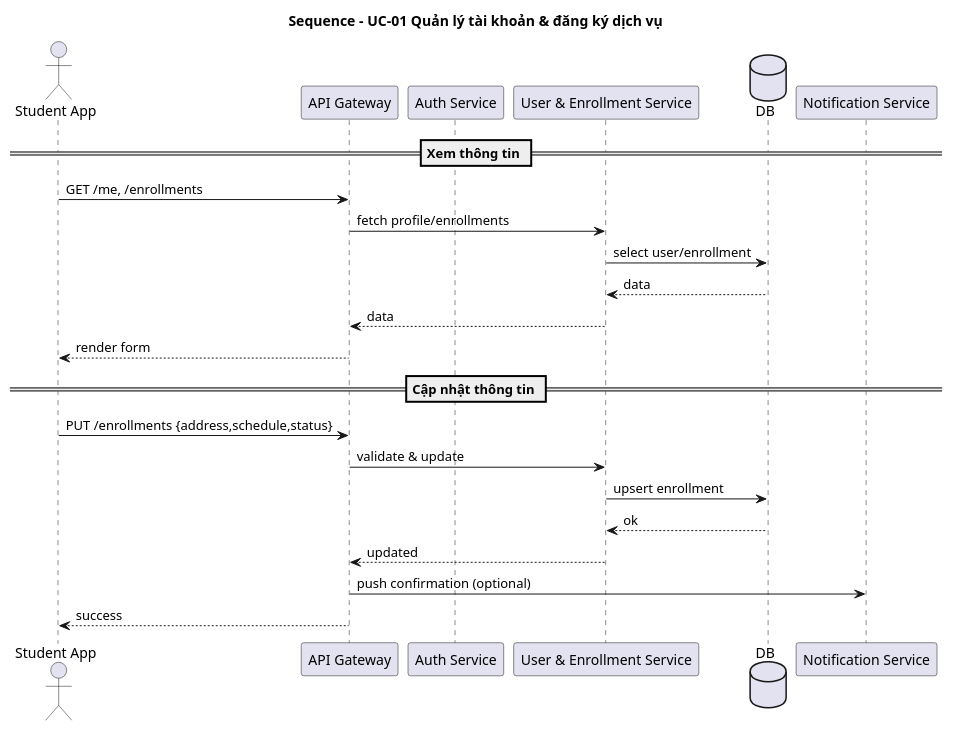
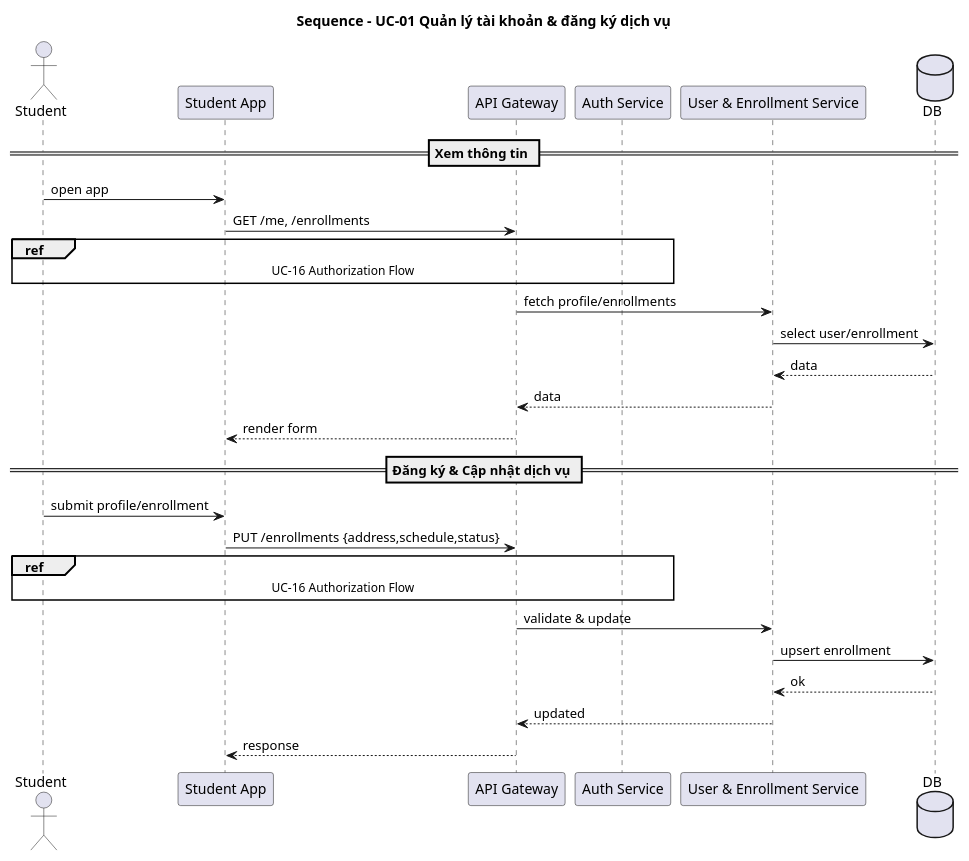
The diagram in docs/uml/sequence/sequence_uc01_account_and_enrollment.puml (phuongbv00/hust-bus-stop), drawn with PlantUML before and after one commit. The commit also changed 26 other files, not shown here.

Commit message:
docs: update diagrams

```diff
--- a/docs/uml/sequence/sequence_uc01_account_and_enrollment.puml
+++ b/docs/uml/sequence/sequence_uc01_account_and_enrollment.puml
@@ -1,25 +1,33 @@
 @startuml
 title Sequence - UC-01 Quản lý tài khoản & đăng ký dịch vụ
-actor "Student App" as StudentApp
+actor "Student" as Student
+participant "Student App" as StudentApp
 participant "API Gateway" as API
 participant "Auth Service" as Auth
 participant "User & Enrollment Service" as UserSvc
 database "DB" as DB
-participant "Notification Service" as Notif
 
 == Xem thông tin ==
+Student -> StudentApp : open app
 StudentApp -> API : GET /me, /enrollments
+ref over Student, StudentApp, API, Auth
+    UC-16 Authorization Flow
+end ref
 API -> UserSvc : fetch profile/enrollments
 UserSvc -> DB : select user/enrollment
 DB --> UserSvc : data
 UserSvc --> API : data
 API --> StudentApp : render form
-== Cập nhật thông tin ==
+
+== Đăng ký & Cập nhật dịch vụ ==
+Student -> StudentApp : submit profile/enrollment
 StudentApp -> API : PUT /enrollments {address,schedule,status}
+ref over Student, StudentApp, API, Auth
+    UC-16 Authorization Flow
+end ref
 API -> UserSvc : validate & update
 UserSvc -> DB : upsert enrollment
 DB --> UserSvc : ok
 UserSvc --> API : updated
-API -> Notif : push confirmation (optional)
-API --> StudentApp : success
+API --> StudentApp : response
 @enduml
```
